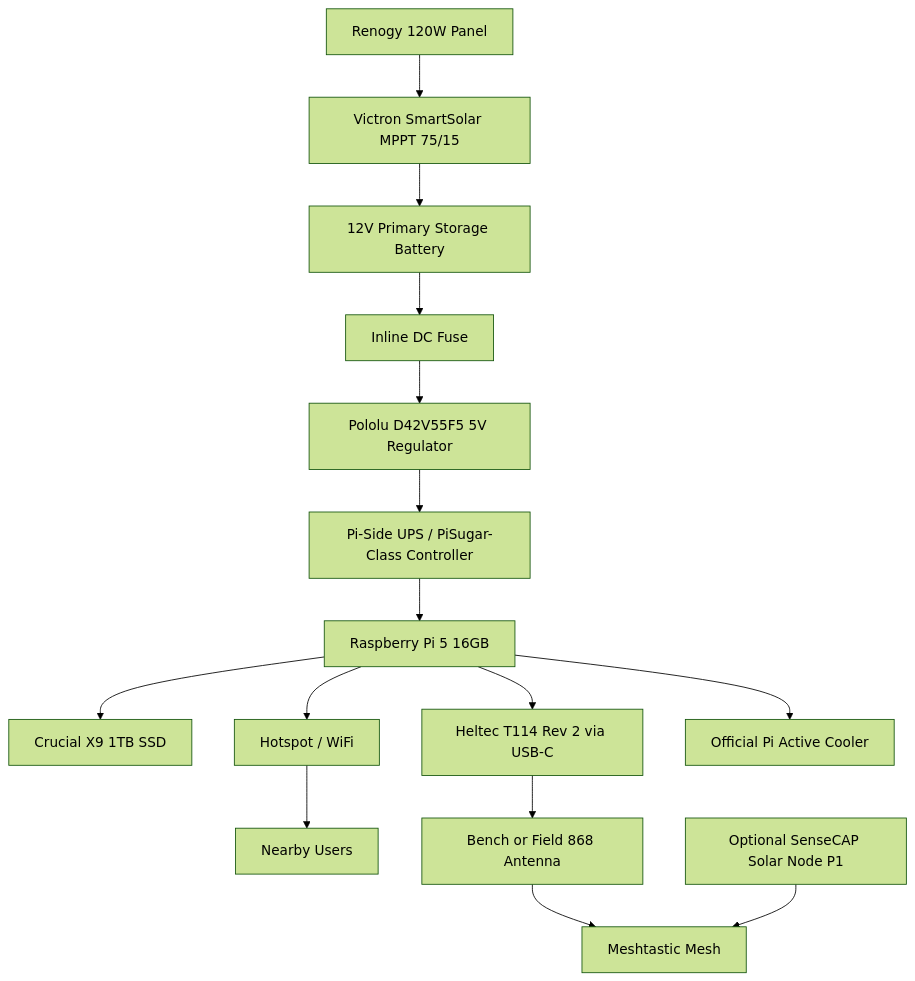
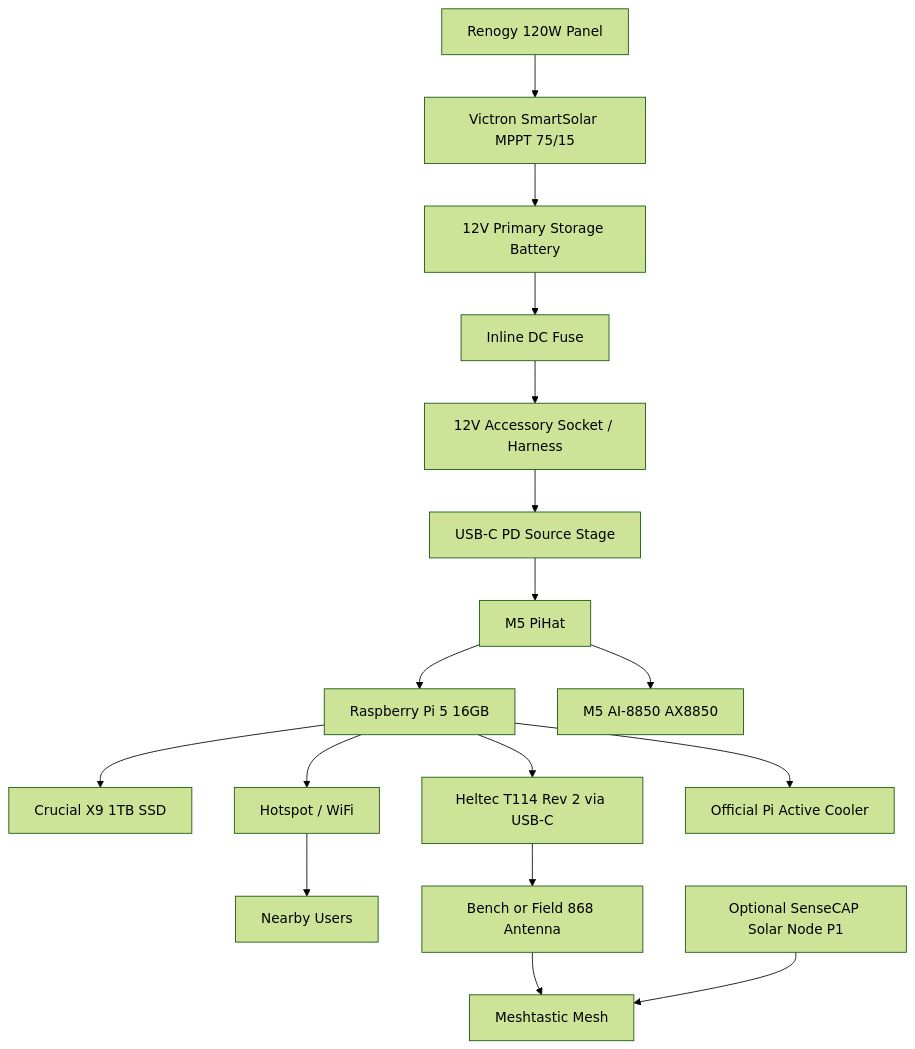
The diagram in docs/hardware/node_topology.md (SebastianMalara/delphi-42), drawn with Mermaid (forest theme) before and after one commit. The commit also changed other lines of this file and 49 other files, not shown here.

````diff
--- a/docs/hardware/node_topology.md
+++ b/docs/hardware/node_topology.md
@@ -15,17 +15,19 @@
 ```mermaid
 flowchart TD
   Solar["Renogy 120W Panel"] --> Charge["Victron SmartSolar MPPT 75/15"]
   Charge --> Battery["12V Primary Storage Battery"]
   Battery --> Fuse["Inline DC Fuse"]
-  Fuse --> Regulator["Pololu D42V55F5 5V Regulator"]
-  Regulator --> UPS["Pi-Side UPS / PiSugar-Class Controller"]
-  UPS --> Pi["Raspberry Pi 5 16GB"]
+  Fuse --> Socket["12V Accessory Socket / Harness"]
+  Socket --> PD["USB-C PD Source Stage"]
+  PD --> PiHat["M5 PiHat"]
+  PiHat --> Pi["Raspberry Pi 5 16GB"]
+  PiHat --> AX["M5 AI-8850 AX8850"]
   Pi --> SSD["Crucial X9 1TB SSD"]
   Pi --> Radio["Heltec T114 Rev 2 via USB-C"]
   Pi --> WiFi["Hotspot / WiFi"]
   Pi --> Cooling["Official Pi Active Cooler"]
   WiFi --> Users["Nearby Users"]
   Radio --> BenchAntenna["Bench or Field 868 Antenna"]
   BenchAntenna --> Mesh["Meshtastic Mesh"]
   SenseCAP["Optional SenseCAP Solar Node P1"] --> Mesh
 ```
````
